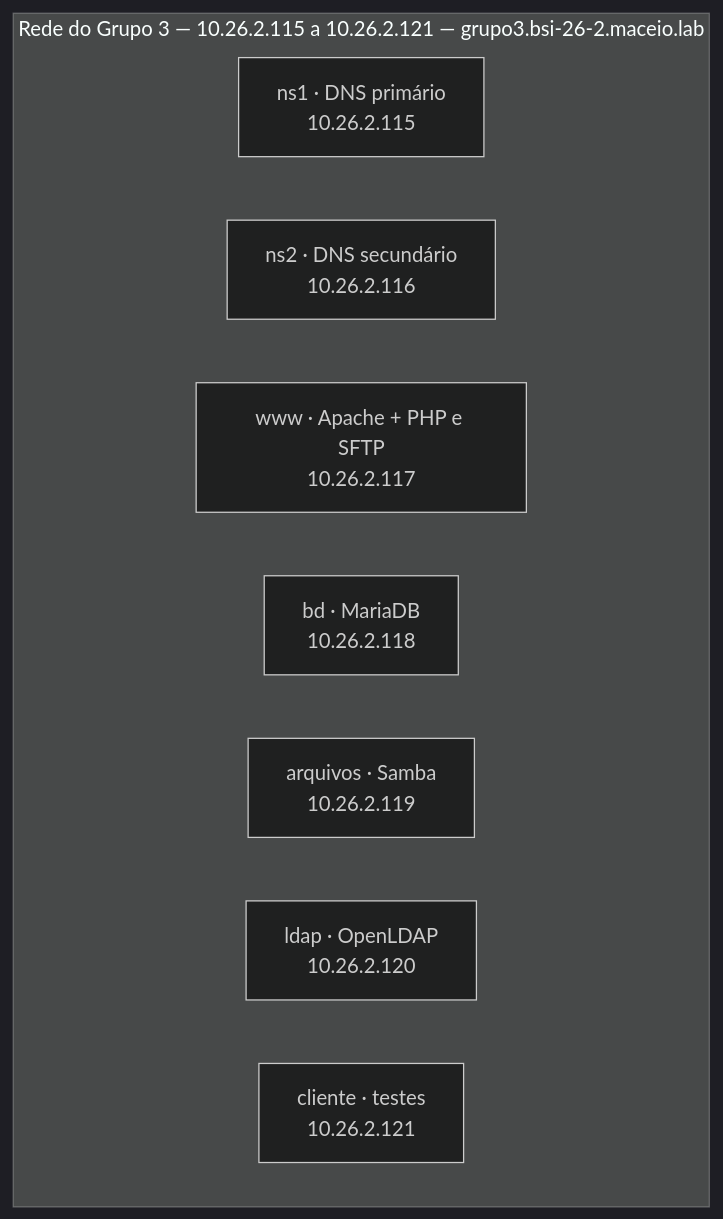
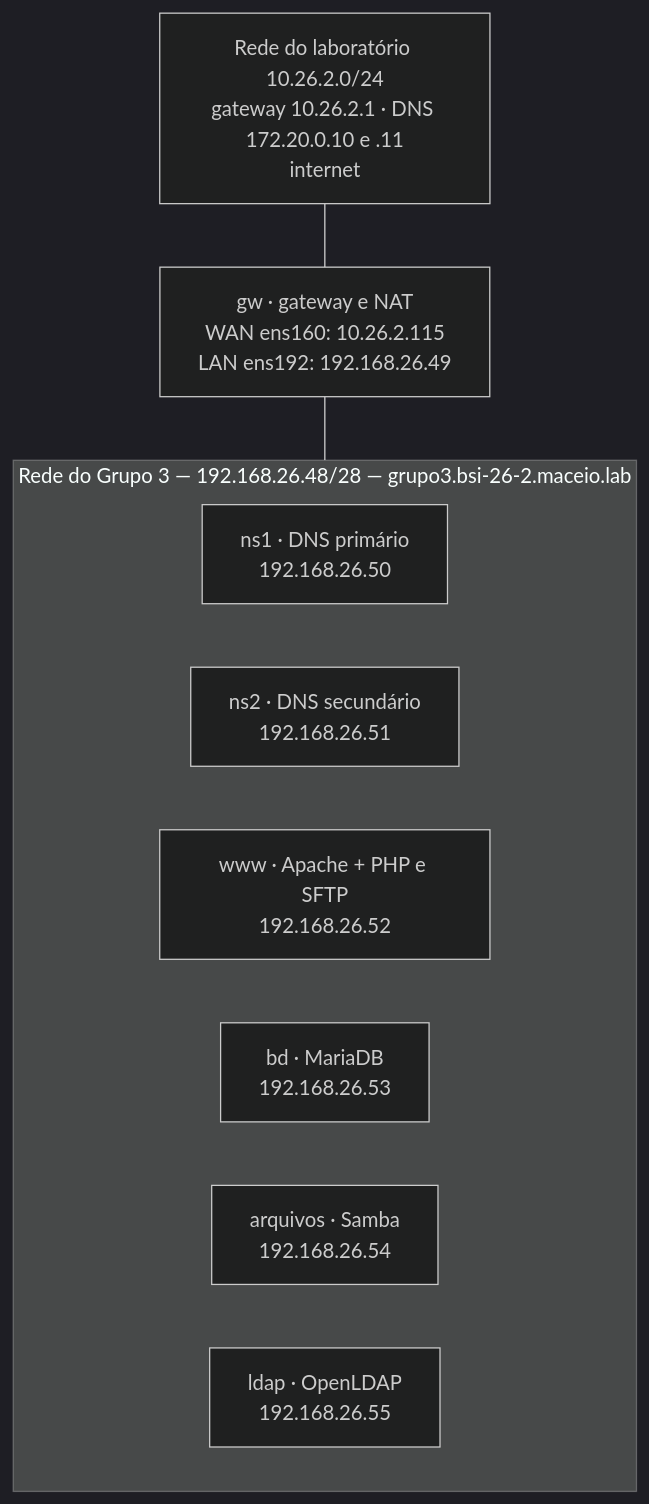
One commit to sarah-amorim/Projeto-Final-LSOR-GRUPO-3 changed the diagram in README.md. Above: the diagram before and after it, drawn with Mermaid (dark theme). The commit also changed other lines of this file, not shown here.

````diff
--- a/README.md
+++ b/README.md
@@ -49,12 +53,15 @@
 ```mermaid
 flowchart TB
-    subgraph REDE["Rede do Grupo 3 — 10.26.2.115 a 10.26.2.121 — grupo3.bsi-26-2.maceio.lab"]
-        NS1["ns1 · DNS primário<br/>10.26.2.115"]
-        NS2["ns2 · DNS secundário<br/>10.26.2.116"]
-        WWW["www · Apache + PHP e SFTP<br/>10.26.2.117"]
-        BD["bd · MariaDB<br/>10.26.2.118"]
-        ARQ["arquivos · Samba<br/>10.26.2.119"]
-        LDAP["ldap · OpenLDAP<br/>10.26.2.120"]
-        CLI["cliente · testes<br/>10.26.2.121"]
+    LAB["Rede do laboratório 10.26.2.0/24<br/>gateway 10.26.2.1 · DNS 172.20.0.10 e .11<br/>internet"]
+    GW["gw · gateway e NAT<br/>WAN ens160: 10.26.2.115<br/>LAN ens192: 192.168.26.49"]
+    LAB --- GW
+    subgraph REDE["Rede do Grupo 3 — 192.168.26.48/28 — grupo3.bsi-26-2.maceio.lab"]
+        NS1["ns1 · DNS primário<br/>192.168.26.50"]
+        NS2["ns2 · DNS secundário<br/>192.168.26.51"]
+        WWW["www · Apache + PHP e SFTP<br/>192.168.26.52"]
+        BD["bd · MariaDB<br/>192.168.26.53"]
+        ARQ["arquivos · Samba<br/>192.168.26.54"]
+        LDAP["ldap · OpenLDAP<br/>192.168.26.55"]
     end
+    GW --- REDE
 ```
````
